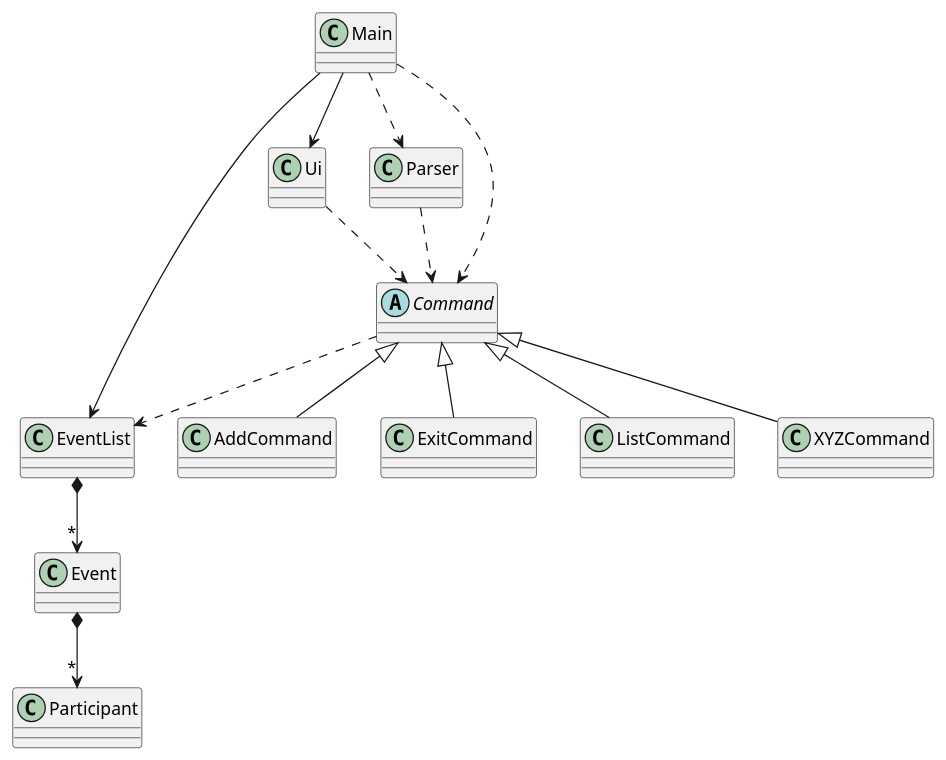
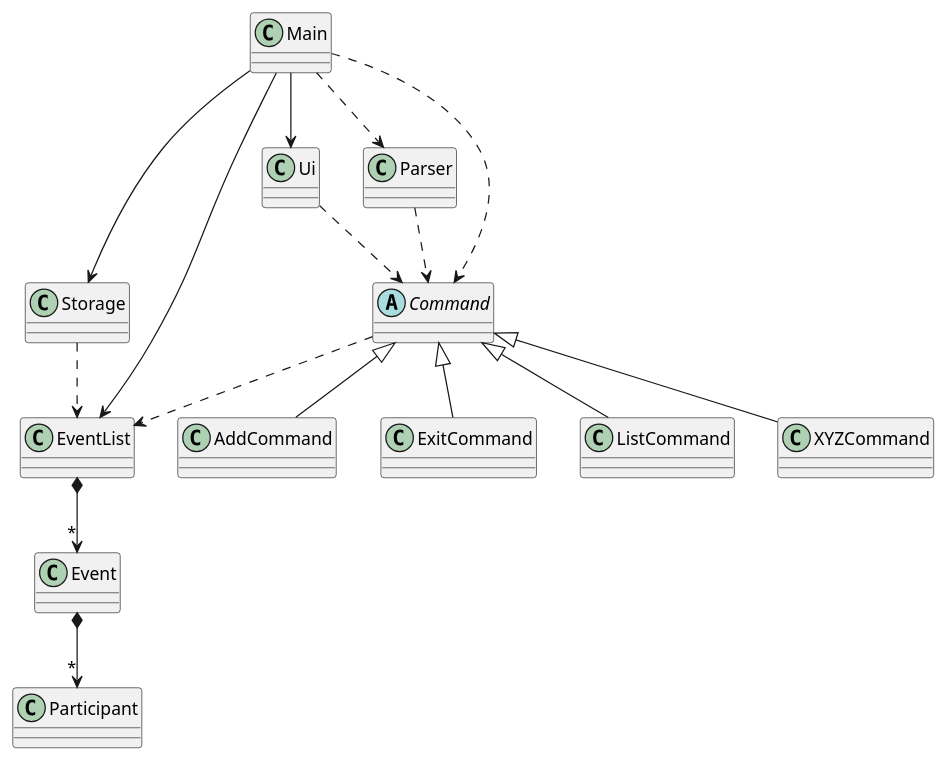
One commit to nus-cs2113-AY2425S1/tp changed the diagram in docs/diagrams/OverallArchitecture.puml. Above: the diagram before and after it, drawn with PlantUML. The commit also changed 4 other files, not shown here.

```diff
--- a/docs/diagrams/OverallArchitecture.puml
+++ b/docs/diagrams/OverallArchitecture.puml
@@ -1,39 +1,45 @@
 @startuml
 'https://plantuml.com/class-diagram
 
 class Main {
 }
 
 Main --> Ui
+Main --> Storage
 Main --> EventList
 Main ..> Parser
 Main ..> Command
 
 class Ui {
 }
 
 Ui ..> Command
 
 class Parser {
 }
 
 Parser ..> Command
+
+class Storage {
+}
+
+Storage ..> EventList
 
 abstract class Command {
 }
 
 Command <|-- AddCommand
 Command <|-- ExitCommand
 Command <|-- ListCommand
 Command <|-- XYZCommand
 
 Command ..> EventList
 
 class EventList {
 }
 
 EventList *--> "*" Event
 
 Event *--> "*" Participant
 
 @enduml
```
